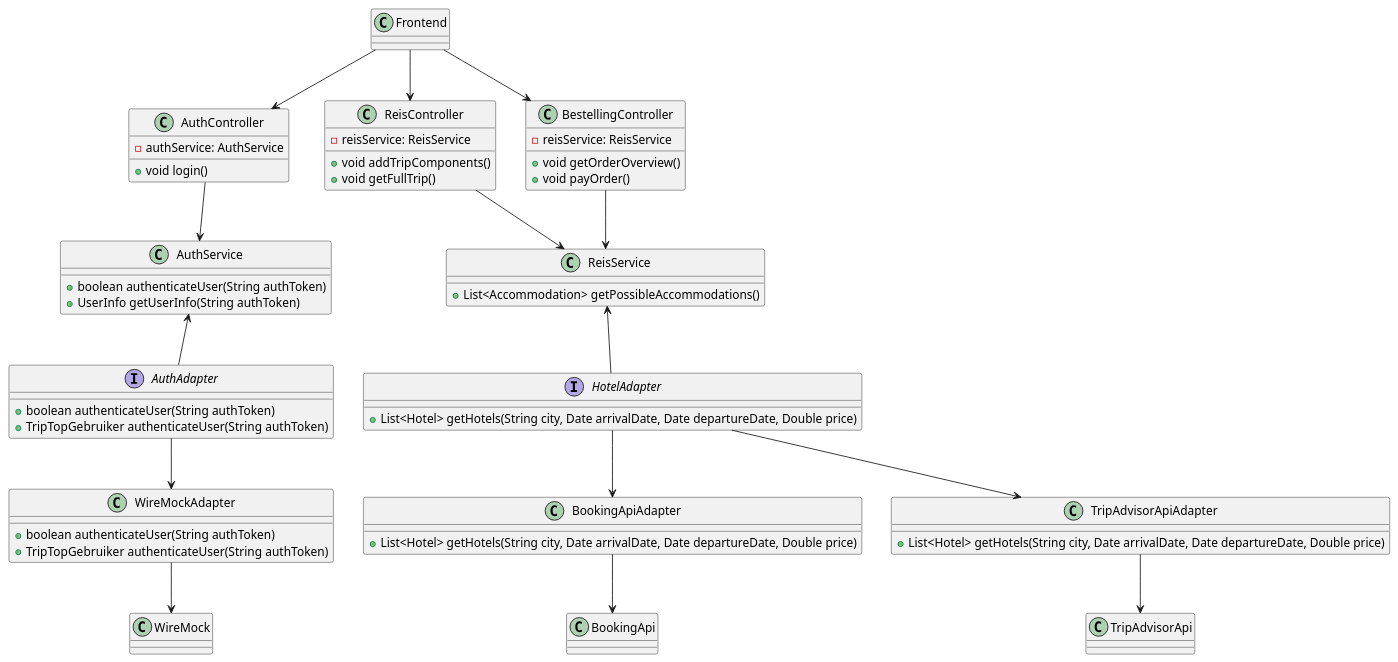
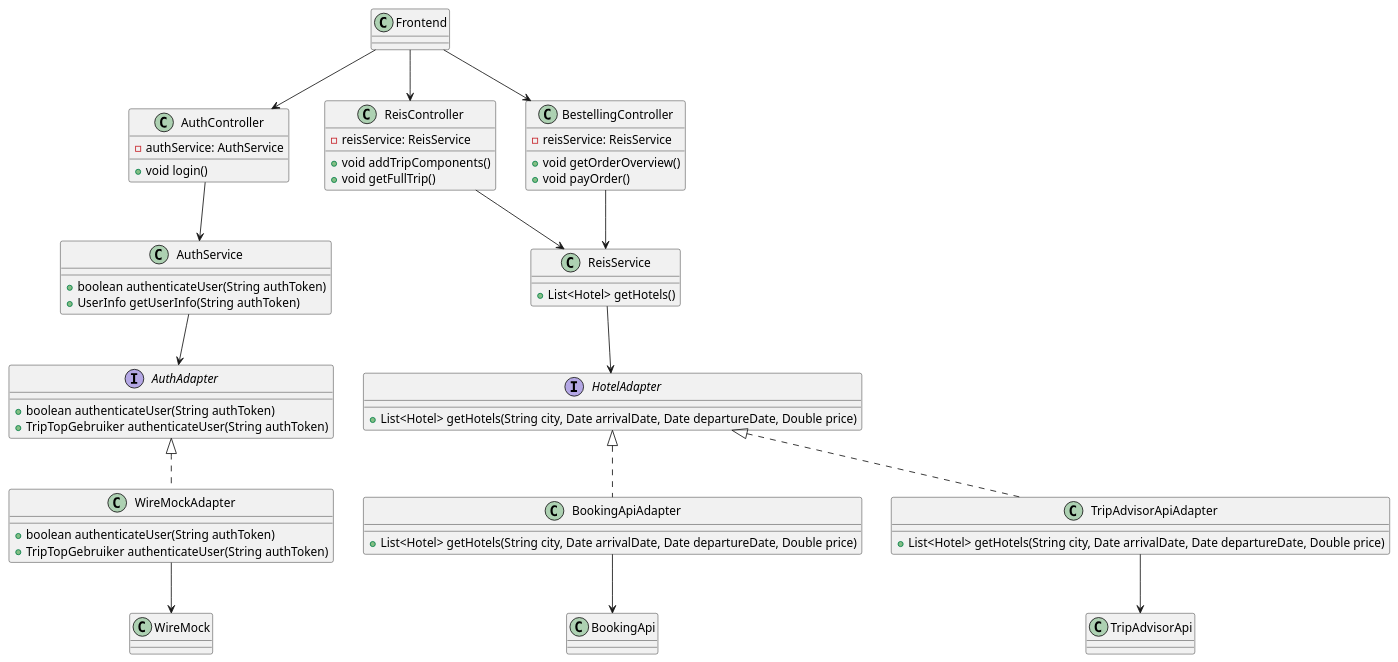
Before and after one commit to AIM-ENE-feb25/triptop-groep-b5: the diagram in week2/les3/classDiagram.puml, drawn with PlantUML. The commit also changed 2 other files, not shown here.

```diff
--- a/week2/les3/classDiagram.puml
+++ b/week2/les3/classDiagram.puml
@@ -1,82 +1,82 @@
 @startuml
 
 class Frontend {
 
 }
 
 class AuthController {
     -authService: AuthService
     +void login()
 }
 
 class ReisController {
     -reisService: ReisService
     +void addTripComponents()
     +void getFullTrip()
 }
 
 class BestellingController {
 -reisService: ReisService
     +void getOrderOverview()
     +void payOrder()
 }
 
 class AuthService {
     +boolean authenticateUser(String authToken)
     +UserInfo getUserInfo(String authToken)
 }
 
 class ReisService {
-    +List<Accommodation> getPossibleAccommodations()
+    +List<Hotel> getHotels()
 }
 
 interface AuthAdapter {
     +boolean authenticateUser(String authToken)
     +TripTopGebruiker authenticateUser(String authToken)
 }
 
 class WireMockAdapter {
     +boolean authenticateUser(String authToken)
     +TripTopGebruiker authenticateUser(String authToken)
 }
 
 interface HotelAdapter {
     +List<Hotel> getHotels(String city, Date arrivalDate, Date departureDate, Double price)
 }
 
 class BookingApiAdapter {
     +List<Hotel> getHotels(String city, Date arrivalDate, Date departureDate, Double price)
 }
 
 class TripAdvisorApiAdapter {
     +List<Hotel> getHotels(String city, Date arrivalDate, Date departureDate, Double price)
 }
 
 class WireMock {
 
 }
 
 class BookingApi {
 
 }
 
 class TripAdvisorApi {
 
 }
 
 Frontend --> AuthController
 AuthController --> AuthService
-AuthAdapter --> WireMockAdapter
+AuthAdapter <|.. WireMockAdapter
 WireMockAdapter --> WireMock
 Frontend --> ReisController
 ReisController --> ReisService
-HotelAdapter --> BookingApiAdapter
-HotelAdapter --> TripAdvisorApiAdapter
+HotelAdapter <|.. BookingApiAdapter
+HotelAdapter <|.. TripAdvisorApiAdapter
 BookingApiAdapter --> BookingApi
 TripAdvisorApiAdapter --> TripAdvisorApi
 Frontend --> BestellingController
 BestellingController --> ReisService
-AuthService <-- AuthAdapter
-ReisService <-- HotelAdapter
+AuthService --> AuthAdapter
+ReisService --> HotelAdapter
 
 @enduml
```
